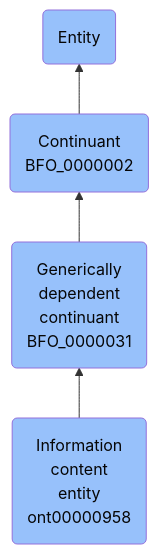
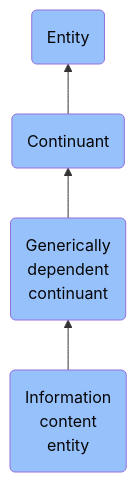
The diagram in docs/ontology/reference/model/Entity/Continuant/Generically dependent continuant/Information content entity/Information content entity.md (jupyter-naas/abi), drawn with Mermaid before and after one commit. The commit also changed other lines of this file and 1430 other files, not shown here.

````diff
--- a/docs/ontology/reference/model/Entity/Continuant/Generically dependent continuant/Information content entity/Information content entity.md
+++ b/docs/ontology/reference/model/Entity/Continuant/Generically dependent continuant/Information content entity/Information content entity.md
@@ -24,11 +24,11 @@
 ```mermaid
 graph BT
-    ont00000958(Information<br>content<br>entity<br>ont00000958):::BFO-->BFO_0000031
-    BFO_0000031(Generically<br>dependent<br>continuant<br>BFO_0000031):::BFO-->BFO_0000002
-    BFO_0000002(Continuant<br>BFO_0000002):::BFO-->BFO_0000001
+    ont00000958(Information<br>content<br>entity):::BFO-->BFO_0000031
+    BFO_0000031(Generically<br>dependent<br>continuant):::BFO-->BFO_0000002
+    BFO_0000002(Continuant):::BFO-->BFO_0000001
     BFO_0000001(Entity):::BFO
     
     classDef BFO fill:#97c1fb,color:#060606
     classDef CCO fill:#e4c51e,color:#060606
     classDef ABI fill:#48DD82,color:#060606
 ```
````
